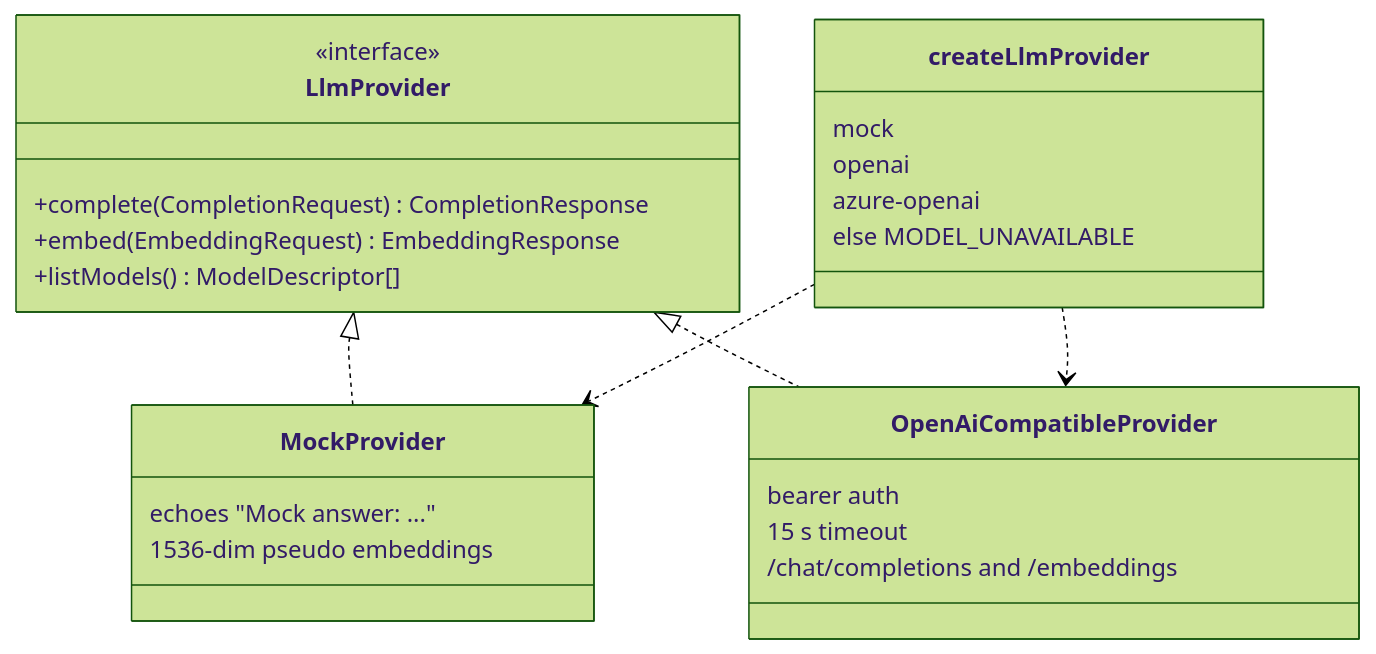
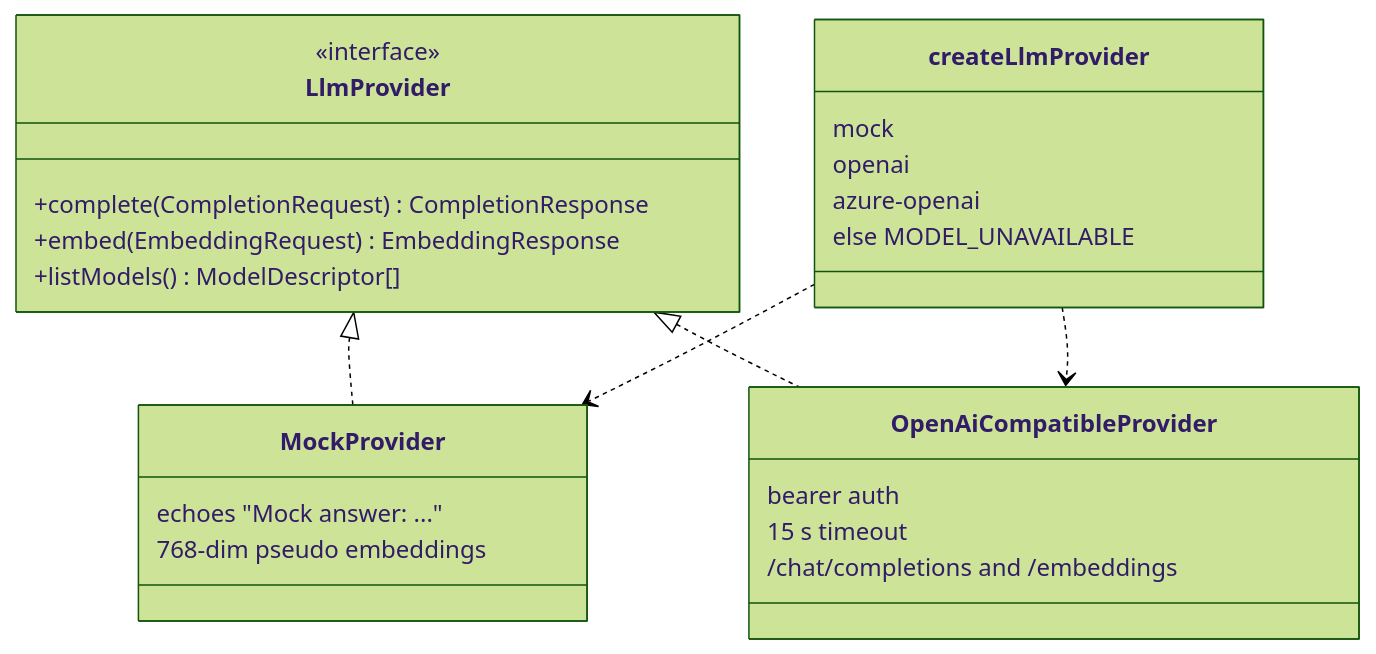
Before and after one commit to stephtran97/agents-platform: the fourth of 5 diagrams in docs/services.md, drawn with Mermaid (forest theme). The commit also changed other lines of this file and 33 other files, not shown here.

````diff
--- a/docs/services.md
+++ b/docs/services.md
@@ -116,28 +116,28 @@
 ```mermaid
 classDiagram
     class LlmProvider {
         <<interface>>
         +complete(CompletionRequest) CompletionResponse
         +embed(EmbeddingRequest) EmbeddingResponse
         +listModels() ModelDescriptor[]
     }
     class MockProvider {
         echoes "Mock answer: ..."
-        1536-dim pseudo embeddings
+        768-dim pseudo embeddings
     }
     class OpenAiCompatibleProvider {
         bearer auth
         15 s timeout
         /chat/completions and /embeddings
     }
     LlmProvider <|.. MockProvider
     LlmProvider <|.. OpenAiCompatibleProvider
     class createLlmProvider {
         mock
         openai
         azure-openai
         else MODEL_UNAVAILABLE
     }
     createLlmProvider ..> MockProvider
     createLlmProvider ..> OpenAiCompatibleProvider
 ```
````
